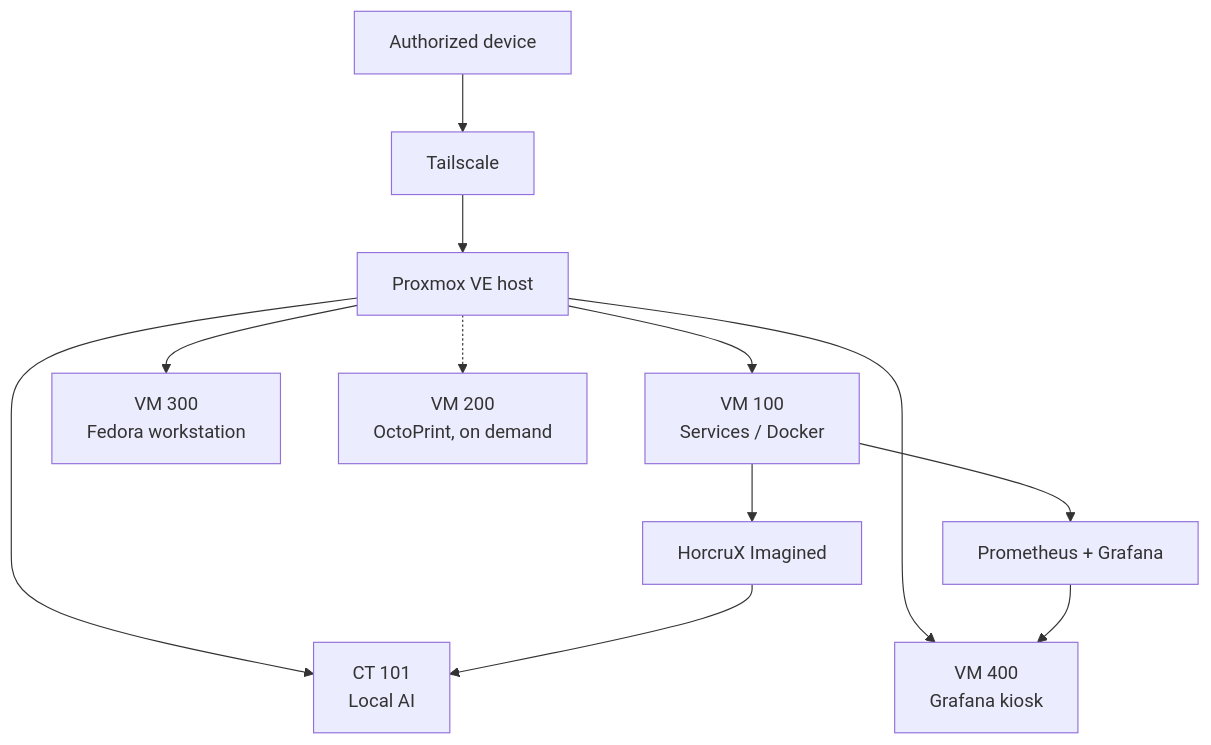
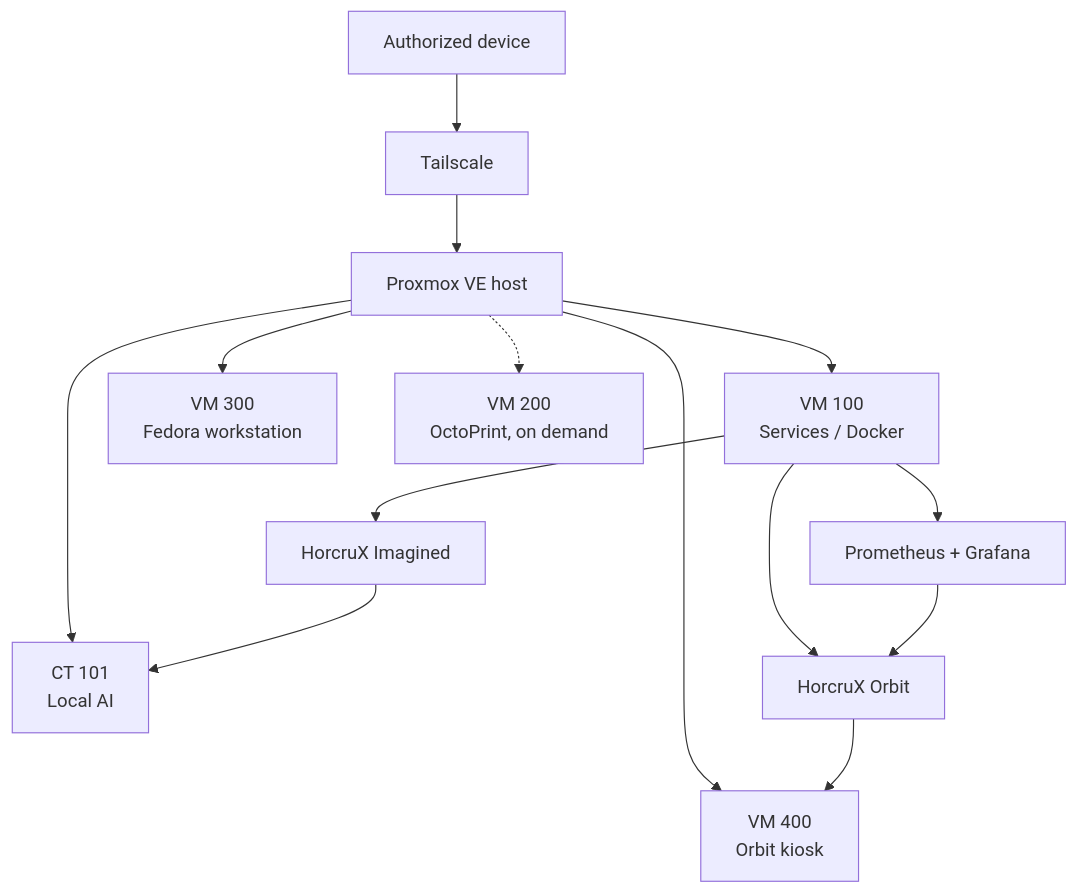
The diagram in README.md (Pneumatocyst/horcrux-homelab-showcase), drawn with Mermaid before and after one commit. The commit also changed other lines of this file and 4 other files, not shown here.

First line of the commit message:
Add October 2026 case study; update for backups and Orbit kiosk

````diff
--- a/README.md
+++ b/README.md
@@ -28,14 +29,16 @@
 ```mermaid
 flowchart TD
     Client[Authorized device] --> TS[Tailscale]
     TS --> Host[Proxmox VE host]
     Host --> VM100[VM 100<br/>Services / Docker]
     Host --> CT101[CT 101<br/>Local AI]
-    Host --> VM400[VM 400<br/>Grafana kiosk]
+    Host --> VM400[VM 400<br/>Orbit kiosk]
     Host --> VM300[VM 300<br/>Fedora workstation]
     Host -.-> VM200[VM 200<br/>OctoPrint, on demand]
     VM100 --> Imagined[HorcruX Imagined]
     Imagined --> CT101
     VM100 --> Mon[Prometheus + Grafana]
-    Mon --> VM400
+    VM100 --> Orbit[HorcruX Orbit]
+    Mon --> Orbit
+    Orbit --> VM400
 ```
````
